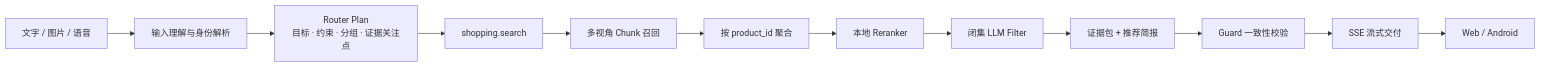
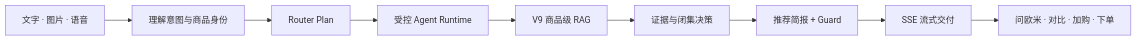
One commit to TheodoreYang6/OmniCart-Agent changed the first of 2 diagrams in README.md. Above: the diagram before and after it, drawn with Mermaid. The commit also changed other lines of this file and 3 other files, not shown here.

````diff
--- a/README.md
+++ b/README.md
@@ -49,14 +61,11 @@
 ```mermaid
 flowchart LR
-    U[文字 / 图片 / 语音] --> I[输入理解与身份解析]
-    I --> P[Router Plan\n目标 · 约束 · 分组 · 证据关注点]
-    P --> S[shopping.search]
-    S --> R[多视角 Chunk 召回]
-    R --> A[按 product_id 聚合]
-    A --> RR[本地 Reranker]
-    RR --> F[闭集 LLM Filter]
-    F --> E[证据包 + 推荐简报]
-    E --> G[Guard 一致性校验]
-    G --> SSE[SSE 流式交付]
-    SSE --> C[Web / Android]
+    A[文字 · 图片 · 语音] --> B[理解意图与商品身份]
+    B --> C[Router Plan]
+    C --> D[受控 Agent Runtime]
+    D --> E[V9 商品级 RAG]
+    E --> F[证据与闭集决策]
+    F --> G[推荐简报 + Guard]
+    G --> H[SSE 流式交付]
+    H --> I[问欧米 · 对比 · 加购 · 下单]
 ```
````
